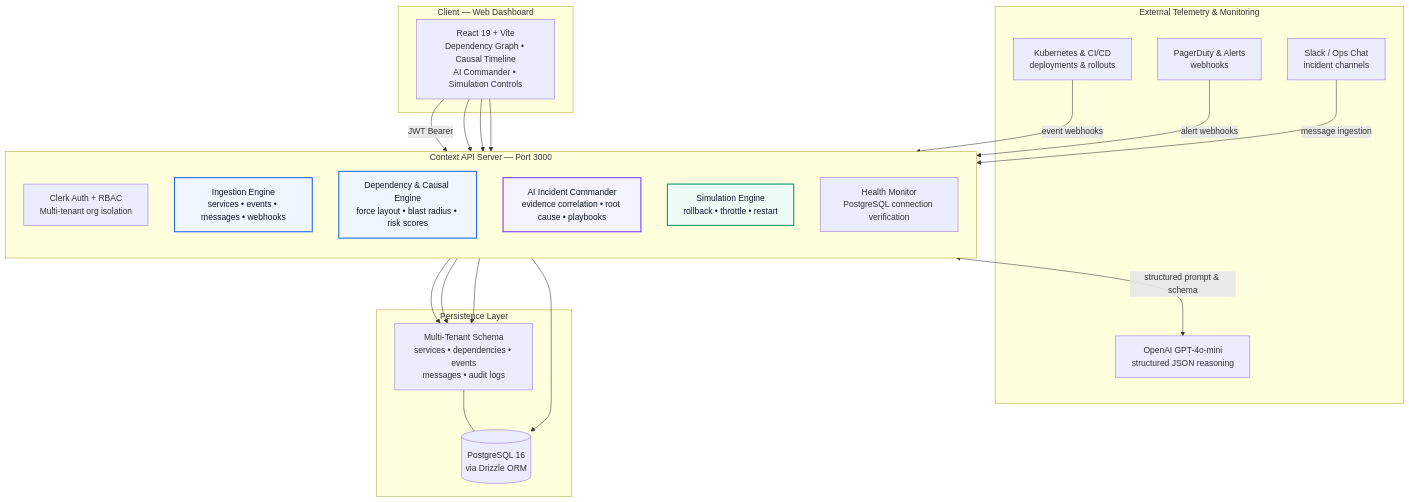
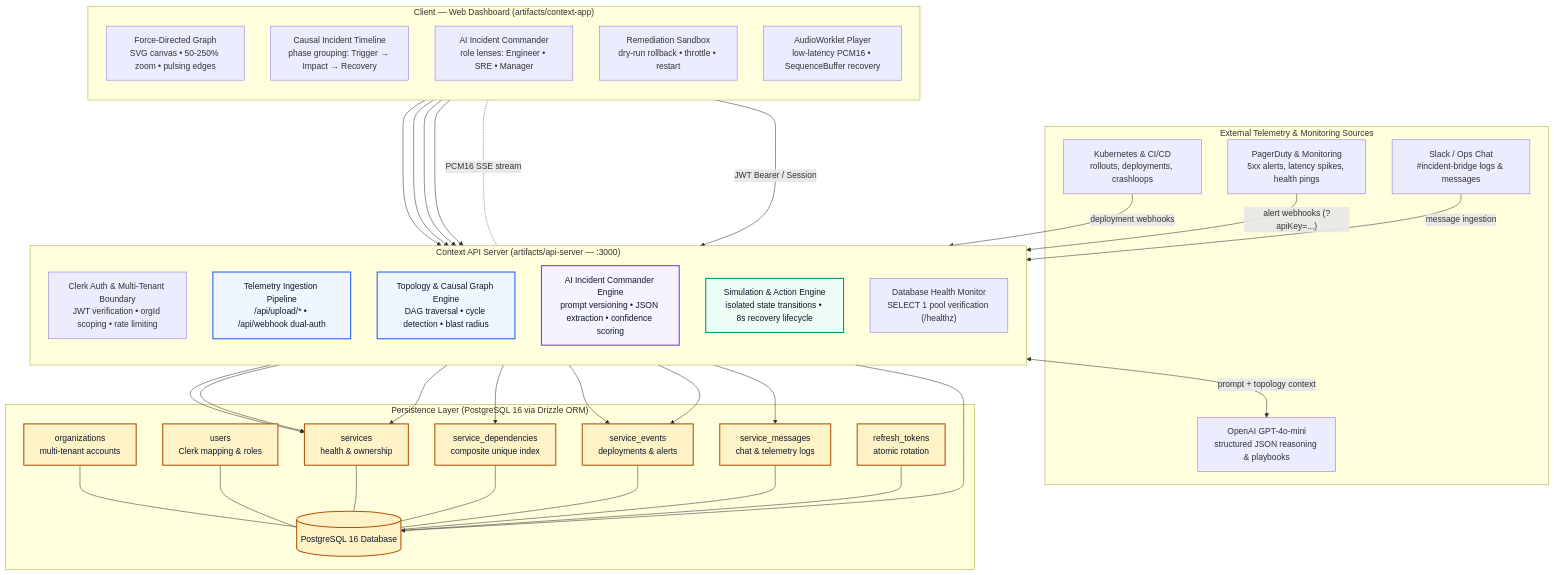
Before and after one commit to sudhanshukumar03/Context: the first of 3 diagrams in README.md, drawn with Mermaid. The commit also changed other lines of this file, not shown here.

Commit message:
docs: add comprehensive system architecture design and diagrams to README

````diff
--- a/README.md
+++ b/README.md
@@ -123,51 +146,77 @@
 ```mermaid
 flowchart TB
-    subgraph ext["External Telemetry & Monitoring"]
-        K8S["Kubernetes & CI/CD<br/>deployments & rollouts"]
-        PD["PagerDuty & Alerts<br/>webhooks"]
-        SLACK["Slack / Ops Chat<br/>incident channels"]
-        LLM["OpenAI GPT-4o-mini<br/>structured JSON reasoning"]
+    subgraph ext["External Telemetry & Monitoring Sources"]
+        K8S["Kubernetes & CI/CD<br/>rollouts, deployments, crashloops"]
+        PD["PagerDuty & Monitoring<br/>5xx alerts, latency spikes, health pings"]
+        SLACK["Slack / Ops Chat<br/>#incident-bridge logs & messages"]
+        LLM["OpenAI GPT-4o-mini<br/>structured JSON reasoning & playbooks"]
     end
 
-    subgraph client["Client — Web Dashboard"]
-        APP["React 19 + Vite<br/>Dependency Graph • Causal Timeline<br/>AI Commander • Simulation Controls"]
+    subgraph client["Client — Web Dashboard (artifacts/context-app)"]
+        direction TB
+        GRAPH_UI["Force-Directed Graph<br/>SVG canvas • 50-250% zoom • pulsing edges"]
+        TIME_UI["Causal Incident Timeline<br/>phase grouping: Trigger → Impact → Recovery"]
+        AI_UI["AI Incident Commander<br/>role lenses: Engineer • SRE • Manager"]
+        SIM_UI["Remediation Sandbox<br/>dry-run rollback • throttle • restart"]
+        AUDIO_UI["AudioWorklet Player<br/>low-latency PCM16 • SequenceBuffer recovery"]
     end
 
-    subgraph api["Context API Server — Port 3000"]
+    subgraph api["Context API Server (artifacts/api-server — :3000)"]
         direction TB
-        AUTH["Clerk Auth + RBAC<br/>Multi-tenant org isolation"]
-        INGEST["Ingestion Engine<br/>services • events • messages • webhooks"]
-        GRAPH["Dependency & Causal Engine<br/>force layout • blast radius • risk scores"]
-        AI_SVC["AI Incident Commander<br/>evidence correlation • root cause • playbooks"]
-        SIM["Simulation Engine<br/>rollback • throttle • restart"]
-        HEALTH["Health Monitor<br/>PostgreSQL connection verification"]
+        AUTH["Clerk Auth & Multi-Tenant Boundary<br/>JWT verification • orgId scoping • rate limiting"]
+        INGEST["Telemetry Ingestion Pipeline<br/>/api/upload/* • /api/webhook dual-auth"]
+        GRAPH_ENG["Topology & Causal Graph Engine<br/>DAG traversal • cycle detection • blast radius"]
+        AI_SVC["AI Incident Commander Engine<br/>prompt versioning • JSON extraction • confidence scoring"]
+        SIM_ENG["Simulation & Action Engine<br/>isolated state transitions • 8s recovery lifecycle"]
+        HEALTH["Database Health Monitor<br/>SELECT 1 pool verification (/healthz)"]
     end
 
-    subgraph data["Persistence Layer"]
-        PG[("PostgreSQL 16<br/>via Drizzle ORM")]
-        SCHEMA["Multi-Tenant Schema<br/>services • dependencies • events<br/>messages • audit logs"]
+    subgraph data["Persistence Layer (PostgreSQL 16 via Drizzle ORM)"]
+        PG[("PostgreSQL 16 Database")]
+        T_ORGS["organizations<br/>multi-tenant accounts"]
+        T_USERS["users<br/>Clerk mapping & roles"]
+        T_SVC["services<br/>health & ownership"]
+        T_DEP["service_dependencies<br/>composite unique index"]
+        T_EVT["service_events<br/>deployments & alerts"]
+        T_MSG["service_messages<br/>chat & telemetry logs"]
+        T_TOK["refresh_tokens<br/>atomic rotation"]
     end
 
-    APP -->|"JWT Bearer"| AUTH
-    APP --> GRAPH
-    APP --> AI_SVC
-    APP --> SIM
+    client -->|"JWT Bearer / Session"| AUTH
+    GRAPH_UI --> GRAPH_ENG
+    TIME_UI --> GRAPH_ENG
+    AI_UI --> AI_SVC
+    SIM_UI --> SIM_ENG
+    AUDIO_UI <..-|"PCM16 SSE stream"| AI_SVC
 
-    K8S -->|"event webhooks"| INGEST
-    PD -->|"alert webhooks"| INGEST
+    K8S -->|"deployment webhooks"| INGEST
+    PD -->|"alert webhooks (?apiKey=...)"| INGEST
     SLACK -->|"message ingestion"| INGEST
 
-    INGEST --> SCHEMA
-    GRAPH --> SCHEMA
-    AI_SVC <-->|"structured prompt & schema"| LLM
-    AI_SVC --> SCHEMA
+    INGEST --> T_EVT
+    INGEST --> T_MSG
+    INGEST --> T_SVC
+    GRAPH_ENG --> T_DEP
+    GRAPH_ENG --> T_SVC
+    AI_SVC <-->|"prompt + topology context"| LLM
+    AI_SVC --> T_EVT
+    SIM_ENG --> T_SVC
     HEALTH --> PG
-    SCHEMA --- PG
+
+    T_ORGS --- PG
+    T_USERS --- PG
+    T_SVC --- PG
+    T_DEP --- PG
+    T_EVT --- PG
+    T_MSG --- PG
+    T_TOK --- PG
 
     classDef core fill:#EFF6FF,stroke:#2563EB,stroke-width:2px,color:#0F172A
     classDef ai fill:#F5F3FF,stroke:#7C3AED,stroke-width:2px,color:#0F172A
     classDef safe fill:#ECFDF5,stroke:#059669,stroke-width:2px,color:#0F172A
-    class GRAPH,INGEST core
+    classDef db fill:#FEF3C7,stroke:#B45309,stroke-width:2px,color:#0F172A
+    class GRAPH_ENG,INGEST core
     class AI_SVC ai
-    class SIM safe
+    class SIM_ENG safe
+    class PG,T_ORGS,T_USERS,T_SVC,T_DEP,T_EVT,T_MSG,T_TOK db
 ```
````
